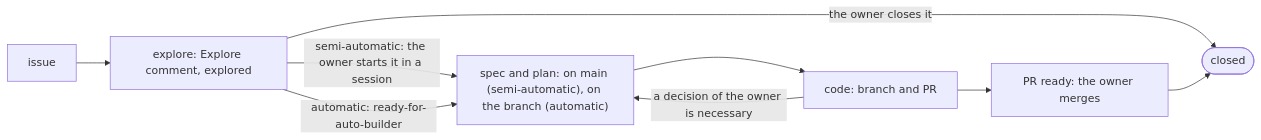
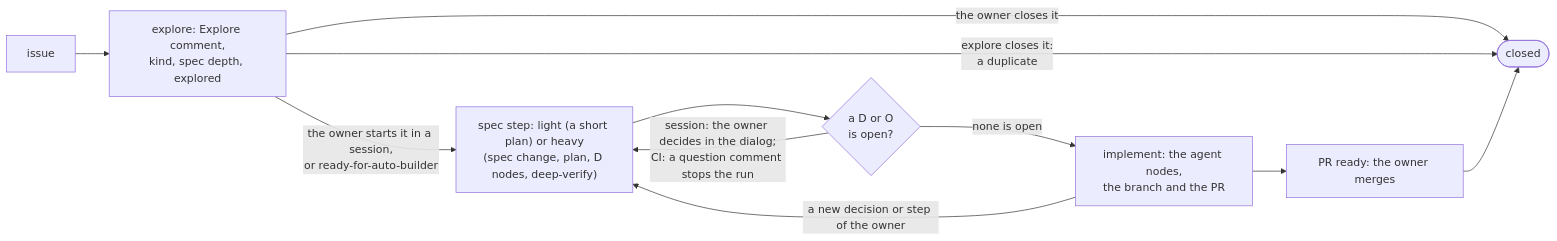
One commit to shiyuann/aboveloop changed the first of 2 diagrams in knowledge/spec/L2-loop-builder.md. Above: the diagram before and after it, drawn with Mermaid. The commit also changed other lines of this file and 81 other files, not shown here.

````diff
--- a/knowledge/spec/L2-loop-builder.md
+++ b/knowledge/spec/L2-loop-builder.md
@@ -35,11 +44,13 @@
 ```mermaid
 flowchart LR
-  I["issue"] --> X["explore: Explore comment, explored"]
+  I["issue"] --> X["explore: Explore comment,<br/>kind, spec depth, explored"]
   X -->|"the owner closes it"| DN(["closed"])
-  X -->|"semi-automatic: the owner starts it in a session"| SP["spec and plan: on main (semi-automatic), on the branch (automatic)"]
-  X -->|"automatic: ready-for-auto-builder"| SP
-  SP --> CD["code: branch and PR"]
-  CD -->|"a decision of the owner is necessary"| SP
-  CD --> PR["PR ready: the owner merges"]
+  X -->|"explore closes it:<br/>a duplicate"| DN
+  X -->|"the owner starts it in a session,<br/>or ready-for-auto-builder"| SP["spec step: light (a short plan) or heavy<br/>(spec change, plan, D nodes, deep-verify)"]
+  SP --> DC{"a D or O<br/>is open?"}
+  DC -->|"session: the owner decides in the dialog;<br/>CI: a question comment stops the run"| SP
+  DC -->|"none is open"| IM["implement: the agent nodes,<br/>the branch and the PR"]
+  IM -->|"a new decision or step of the owner"| SP
+  IM --> PR["PR ready: the owner merges"]
   PR --> DN
 ```
````
